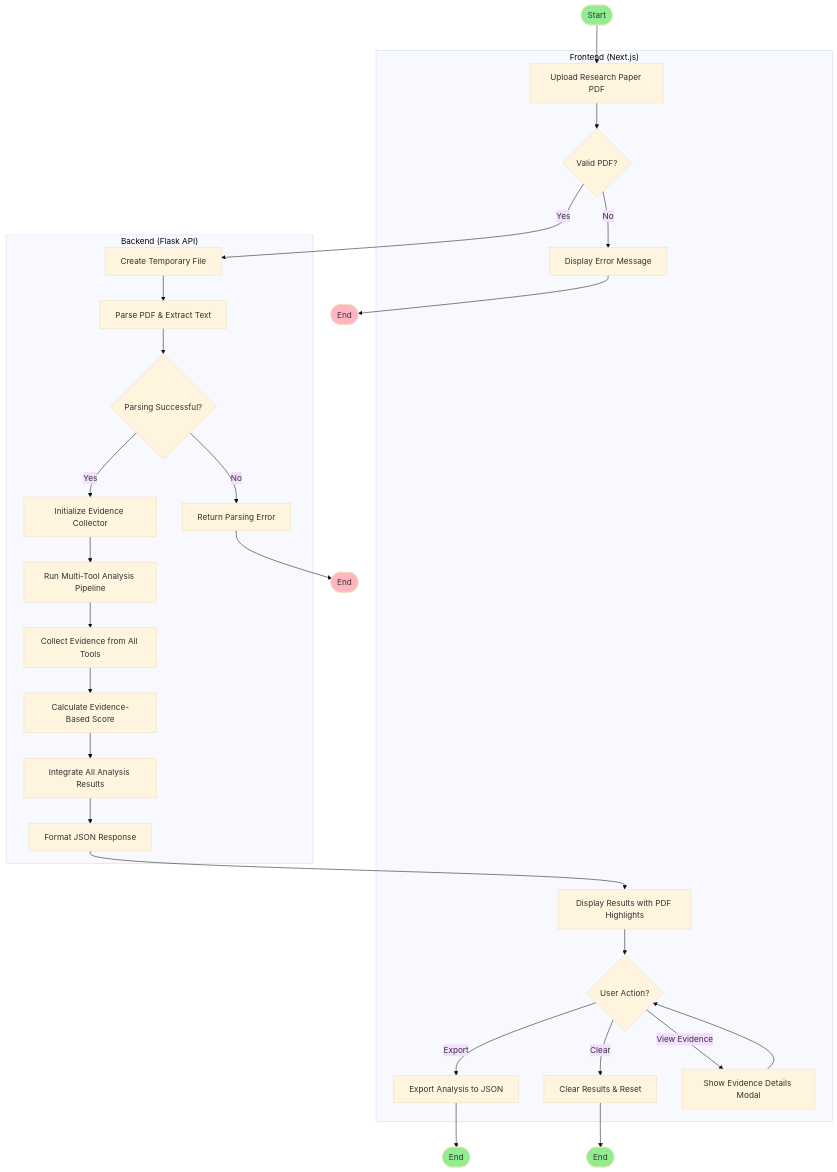
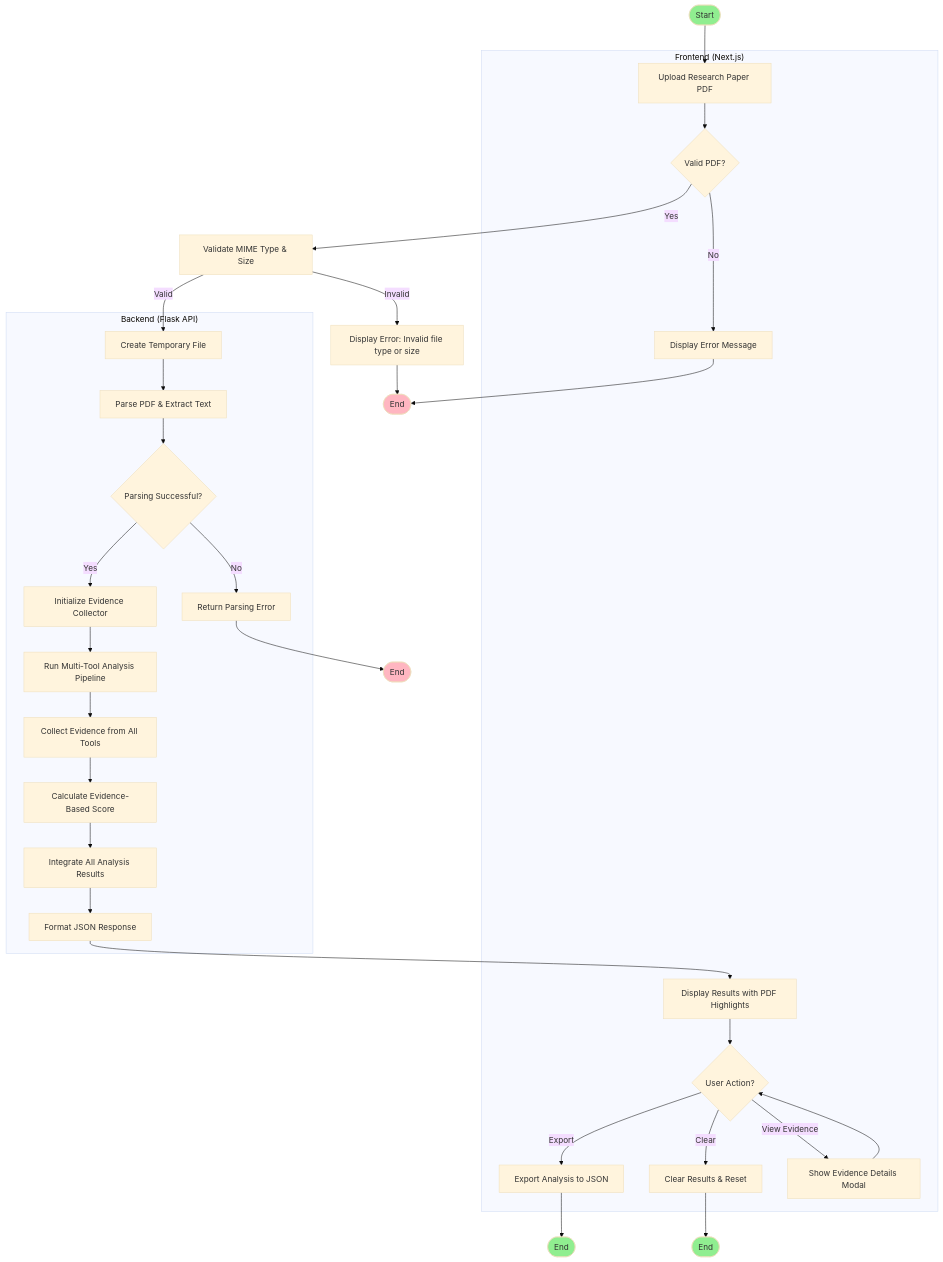
The diagram in docs/architecture/2_PROCESS_MODEL.md (giuliobarde/QualiLens), drawn with Mermaid (base theme) before and after one commit. The commit also changed 5 other files, not shown here.

Commit message:
updated diagrams and requirements

````diff
--- a/docs/architecture/2_PROCESS_MODEL.md
+++ b/docs/architecture/2_PROCESS_MODEL.md
@@ -3,56 +3,59 @@
 ```mermaid
 graph TD
     Start([Start]) --> Upload[Upload Research Paper PDF]
     Upload --> Validate{Valid PDF?}
     Validate -->|No| Error1[Display Error Message]
     Error1 --> End1([End])
-    Validate -->|Yes| CreateTemp[Create Temporary File]
+    Validate -->|Yes| ValidateMIME[Validate MIME Type & Size]
+    ValidateMIME -->|Invalid| ErrorMIME[Display Error: Invalid file type or size]
+    ErrorMIME --> End1
+    ValidateMIME -->|Valid| CreateTemp[Create Temporary File]
     CreateTemp --> ParsePDF[Parse PDF & Extract Text]
     ParsePDF --> ParseSuccess{Parsing Successful?}
     ParseSuccess -->|No| Error2[Return Parsing Error]
     Error2 --> End2([End])
     ParseSuccess -->|Yes| InitEvidence[Initialize Evidence Collector]
     InitEvidence --> RunAnalysis[Run Multi-Tool Analysis Pipeline]
     RunAnalysis --> CollectEvidence[Collect Evidence from All Tools]
     CollectEvidence --> CalculateScore[Calculate Evidence-Based Score]
     CalculateScore --> IntegrateResults[Integrate All Analysis Results]
     IntegrateResults --> FormatResponse[Format JSON Response]
     FormatResponse --> DisplayResults[Display Results with PDF Highlights]
     DisplayResults --> UserAction{User Action?}
     UserAction -->|Export| Export[Export Analysis to JSON]
     Export --> End3([End])
     UserAction -->|Clear| Clear[Clear Results & Reset]
     Clear --> End4([End])
     UserAction -->|View Evidence| ViewEvidence[Show Evidence Details Modal]
     ViewEvidence --> UserAction
     
     subgraph "Frontend (Next.js)"
         Upload
         Validate
         Error1
         DisplayResults
         UserAction
         Export
         Clear
         ViewEvidence
     end
     
     subgraph "Backend (Flask API)"
         CreateTemp
         ParsePDF
         ParseSuccess
         Error2
         InitEvidence
         RunAnalysis
         CollectEvidence
         CalculateScore
         IntegrateResults
         FormatResponse
     end
     
     style Start fill:#90EE90
     style End1 fill:#FFB6C1
     style End2 fill:#FFB6C1
     style End3 fill:#90EE90
     style End4 fill:#90EE90
 ```
````
